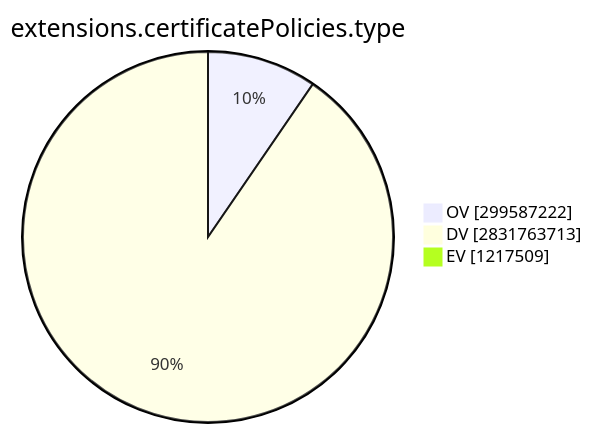
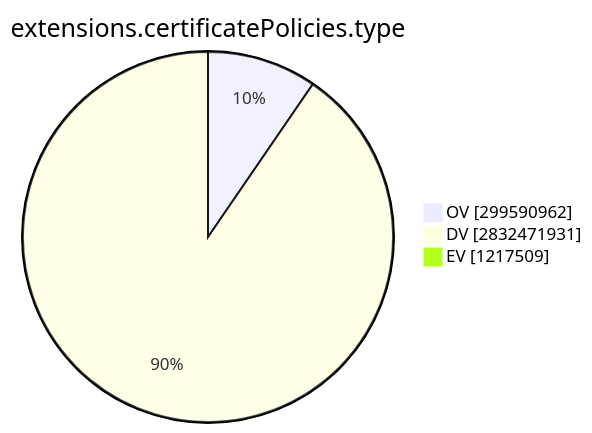
One commit to christiankrug/ctmonitor_visualization changed the ninth of 15 diagrams in TOTAL/README.md. Above: the diagram before and after it, drawn with Mermaid. The commit also changed other lines of this file, not shown here.

````diff
--- a/TOTAL/README.md
+++ b/TOTAL/README.md
@@ -3101,7 +3101,7 @@
 ```mermaid
 pie showData
 title extensions.certificatePolicies.type
-"OV" :299587222
-"DV" :2831763713
+"OV" :299590962
+"DV" :2832471931
 "EV" :1217509
 ```
````
